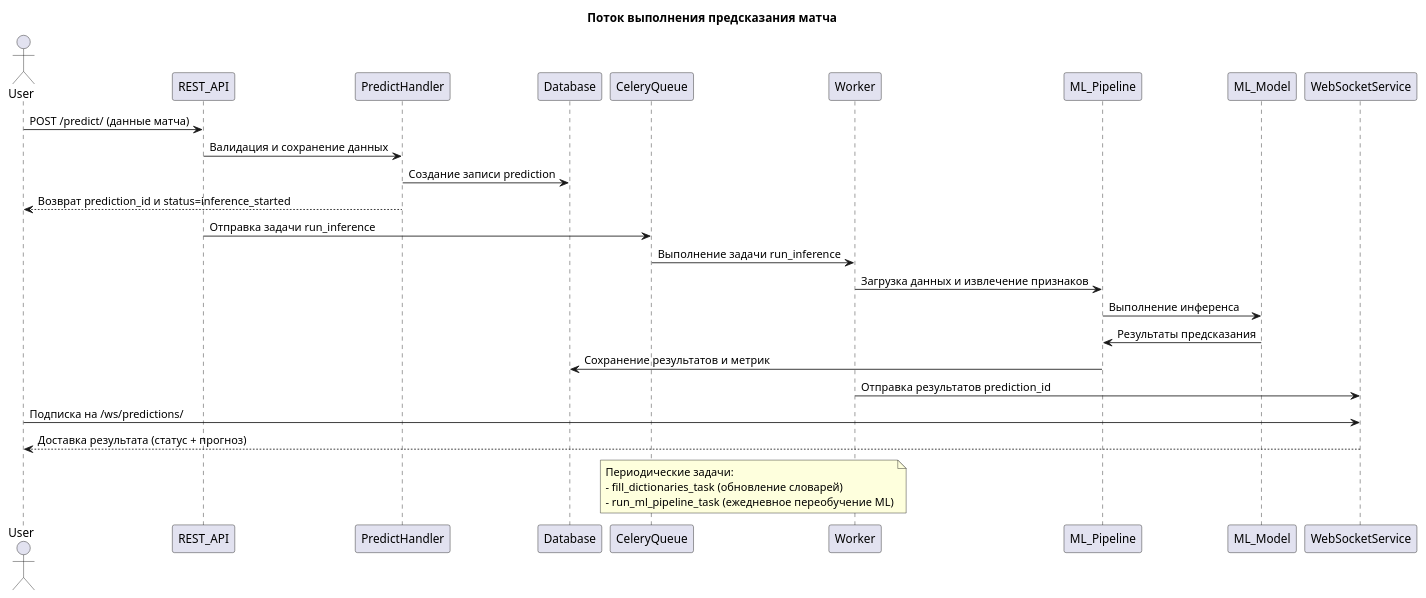
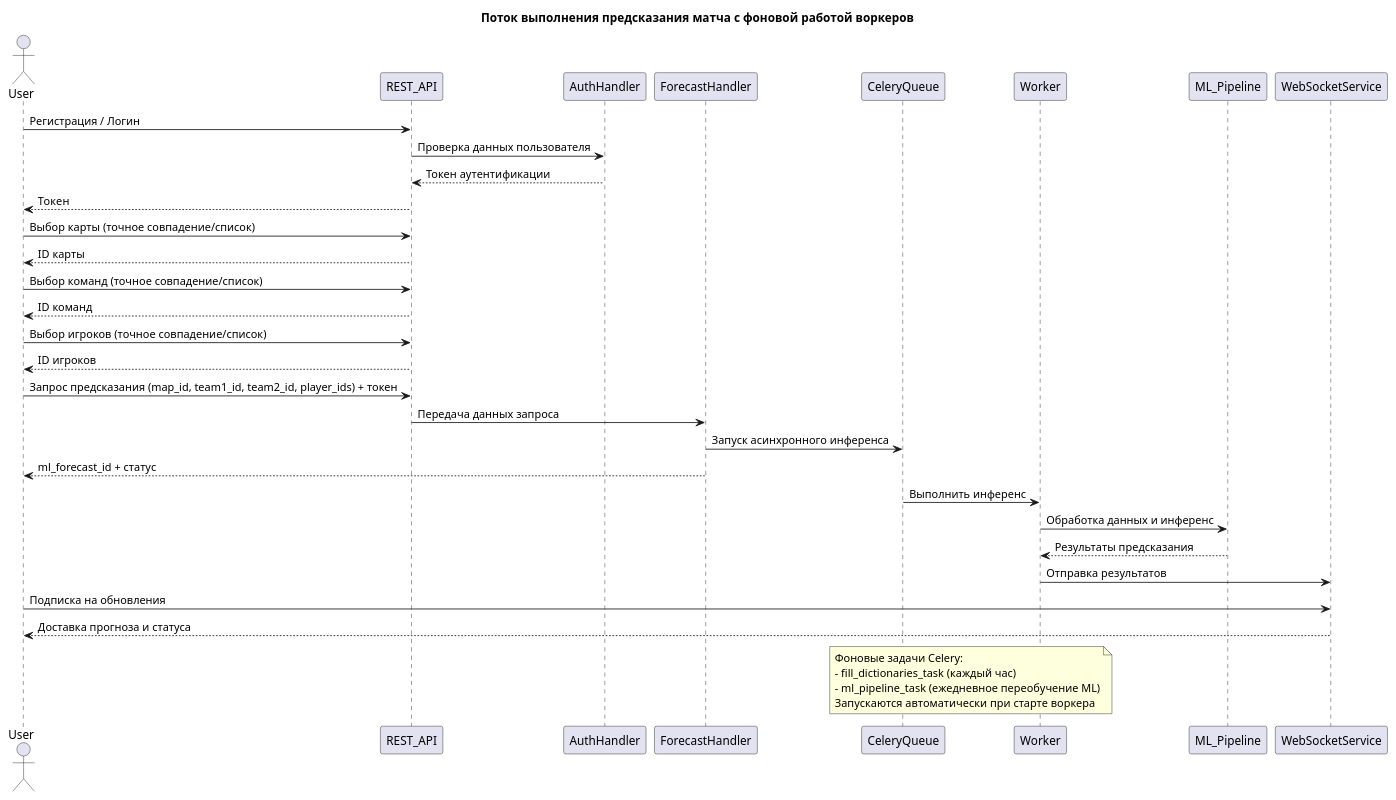
The diagram in user_usecase.puml (sirguybeeleebin/bil-cs2), drawn with PlantUML before and after one commit. The commit also changed 85 other files, not shown here.

```diff
--- a/user_usecase.puml
+++ b/user_usecase.puml
@@ -1,28 +1,52 @@
 @startuml
-title Поток выполнения предсказания матча
+title Поток выполнения предсказания матча с фоновой работой воркеров
 
 actor User
 
-User -> REST_API : POST /predict/ (данные матча)
-REST_API -> PredictHandler : Валидация и сохранение данных
-PredictHandler -> Database : Создание записи prediction
-PredictHandler --> User : Возврат prediction_id и status=inference_started
+participant REST_API
+participant AuthHandler
+participant ForecastHandler
+participant CeleryQueue
+participant Worker
+participant ML_Pipeline
+participant WebSocketService
 
-REST_API -> CeleryQueue : Отправка задачи run_inference
-CeleryQueue -> Worker : Выполнение задачи run_inference
-Worker -> ML_Pipeline : Загрузка данных и извлечение признаков
-ML_Pipeline -> ML_Model : Выполнение инференса
-ML_Model -> ML_Pipeline : Результаты предсказания
-ML_Pipeline -> Database : Сохранение результатов и метрик
-Worker -> WebSocketService : Отправка результатов prediction_id
+' 0. Регистрация / аутентификация
+User -> REST_API : Регистрация / Логин
+REST_API -> AuthHandler : Проверка данных пользователя
+AuthHandler --> REST_API : Токен аутентификации
+REST_API --> User : Токен
 
-User -> WebSocketService : Подписка на /ws/predictions/
-WebSocketService --> User : Доставка результата (статус + прогноз)
+' 1. Выбор карты, команд и игроков
+User -> REST_API : Выбор карты (точное совпадение/список)
+REST_API --> User : ID карты
+User -> REST_API : Выбор команд (точное совпадение/список)
+REST_API --> User : ID команд
+User -> REST_API : Выбор игроков (точное совпадение/список)
+REST_API --> User : ID игроков
 
-note over CeleryQueue, Worker
-Периодические задачи:
-- fill_dictionaries_task (обновление словарей)
-- run_ml_pipeline_task (ежедневное переобучение ML)
+' 2. Пользователь запрашивает предсказание
+User -> REST_API : Запрос предсказания (map_id, team1_id, team2_id, player_ids) + токен
+REST_API -> ForecastHandler : Передача данных запроса
+ForecastHandler -> CeleryQueue : Запуск асинхронного инференса
+ForecastHandler --> User : ml_forecast_id + статус
+
+' 3. Асинхронный ML-пайплайн
+CeleryQueue -> Worker : Выполнить инференс
+Worker -> ML_Pipeline : Обработка данных и инференс
+ML_Pipeline --> Worker : Результаты предсказания
+
+' 4. Доставка результатов пользователю
+Worker -> WebSocketService : Отправка результатов
+User -> WebSocketService : Подписка на обновления
+WebSocketService --> User : Доставка прогноза и статуса
+
+' 5. Фоновая работа воркеров
+note over Worker, CeleryQueue
+Фоновые задачи Celery:
+- fill_dictionaries_task (каждый час)
+- ml_pipeline_task (ежедневное переобучение ML)
+Запускаются автоматически при старте воркера
 end note
 
 @enduml
```
